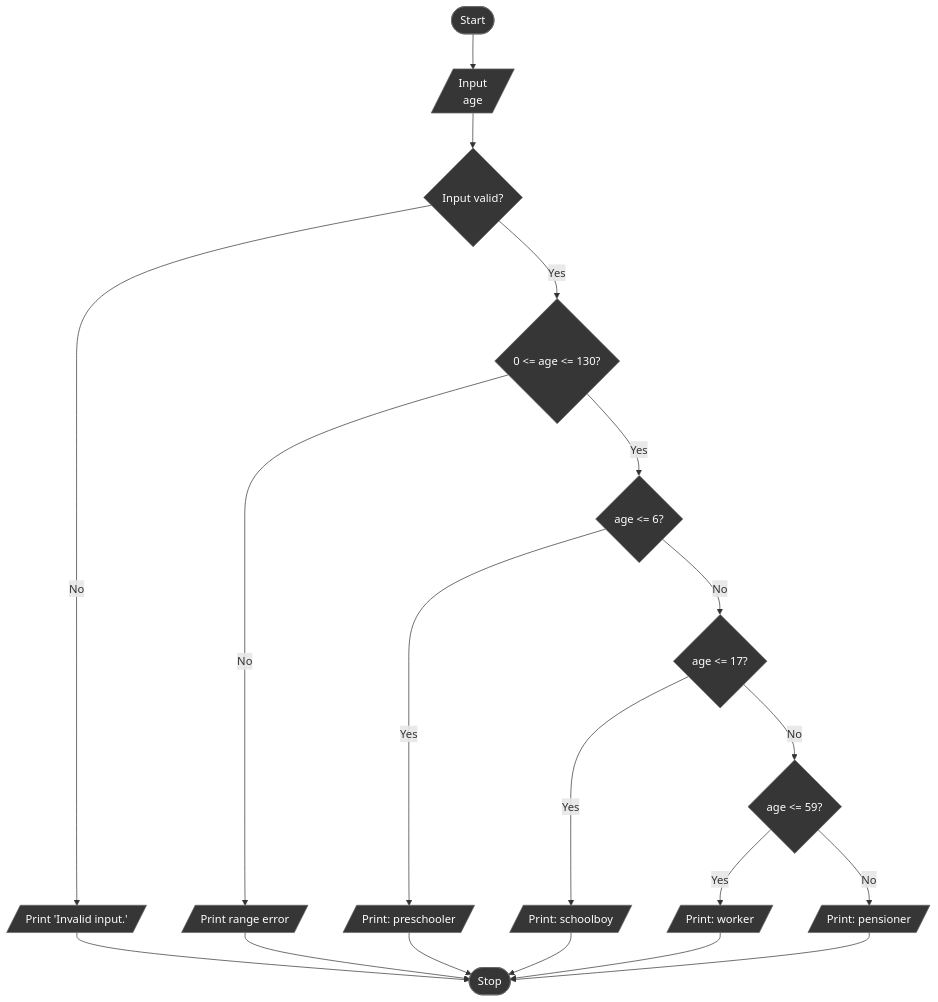
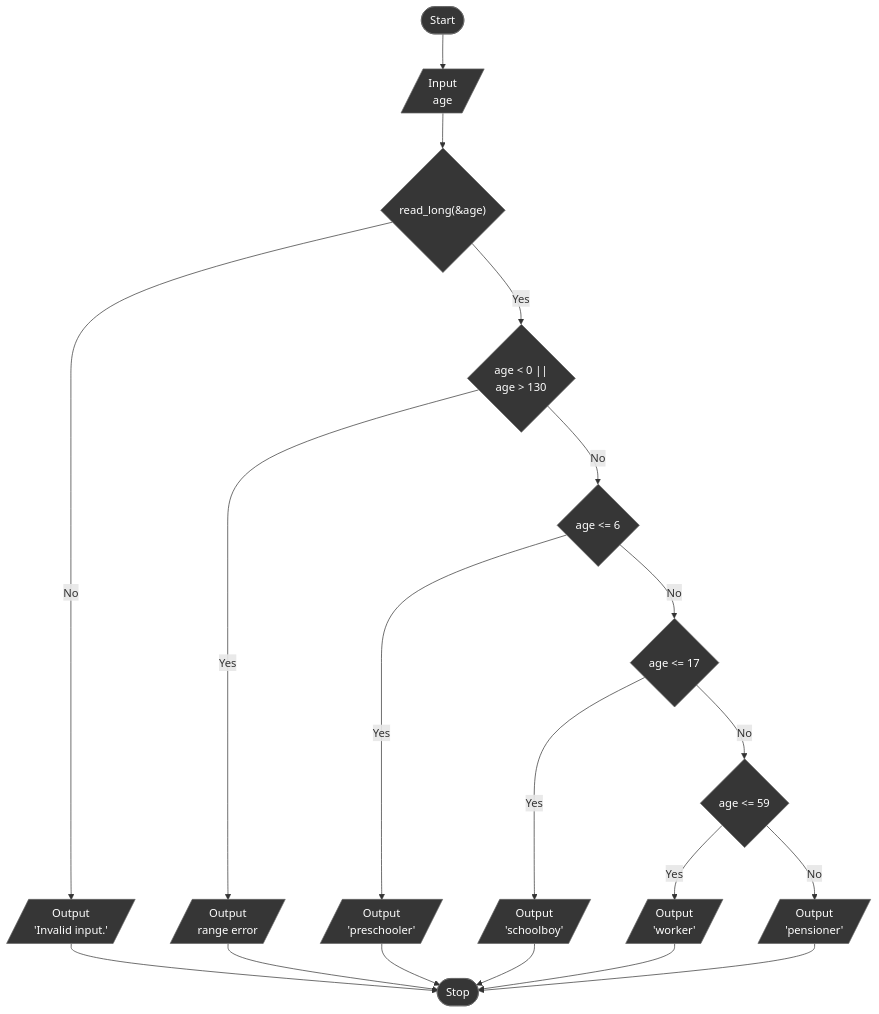
The third of 5 diagrams in lab_02/README.md (nykonhrytsyshyn/khnu-prog-labs), drawn with Mermaid before and after one commit. The commit also changed other lines of this file and 11 other files, not shown here.

````diff
--- a/lab_02/README.md
+++ b/lab_02/README.md
@@ -106,24 +106,24 @@
 ```mermaid
 flowchart TD
   A(["Start"]) --> B[/"Input<br/>age"/]
-  B --> C{"Input valid?"}
-  C -->|No| D[/"Print 'Invalid input.'"/]
-  C -->|Yes| E{"0 <= age <= 130?"}
-  E -->|No| F[/"Print range error"/]
-  E -->|Yes| G{"age <= 6?"}
-  G -->|Yes| H[/"Print: preschooler"/]
-  G -->|No| I{"age <= 17?"}
-  I -->|Yes| J[/"Print: schoolboy"/]
-  I -->|No| K{"age <= 59?"}
-  K -->|Yes| L[/"Print: worker"/]
-  K -->|No| M[/"Print: pensioner"/]
+  B --> C{"read_long(&age)"}
+  C -->|No| D[/"Output<br/>'Invalid input.'"/]
+  C -->|Yes| E{"age < 0 ||<br/>age > 130"}
+  E -->|Yes| F[/"Output<br/>range error"/]
+  E -->|No| G{"age <= 6"}
+  G -->|Yes| H[/"Output<br/>'preschooler'"/]
+  G -->|No| I{"age <= 17"}
+  I -->|Yes| J[/"Output<br/>'schoolboy'"/]
+  I -->|No| K{"age <= 59"}
+  K -->|Yes| L[/"Output<br/>'worker'"/]
+  K -->|No| M[/"Output<br/>'pensioner'"/]
   D --> N(["Stop"])
   F --> N
   H --> N
   J --> N
   L --> N
   M --> N
 
   classDef stage fill:#363636,stroke:#666,color:#fff,rx:6,ry:6
   class A,B,C,D,E,F,G,H,I,J,K,L,M,N stage
 ```
````
